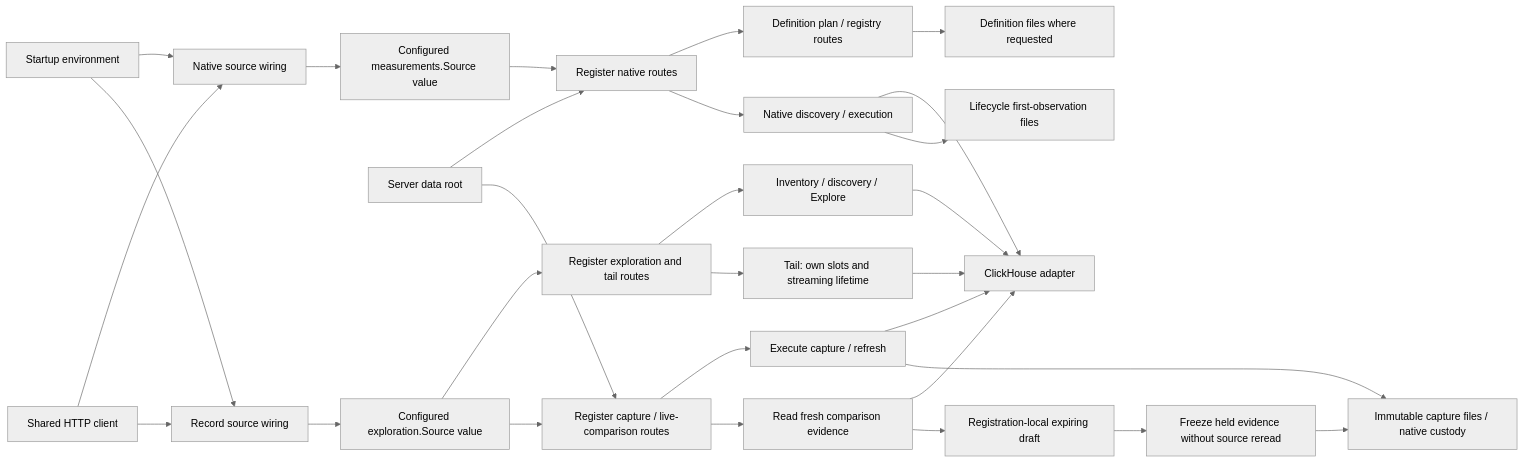
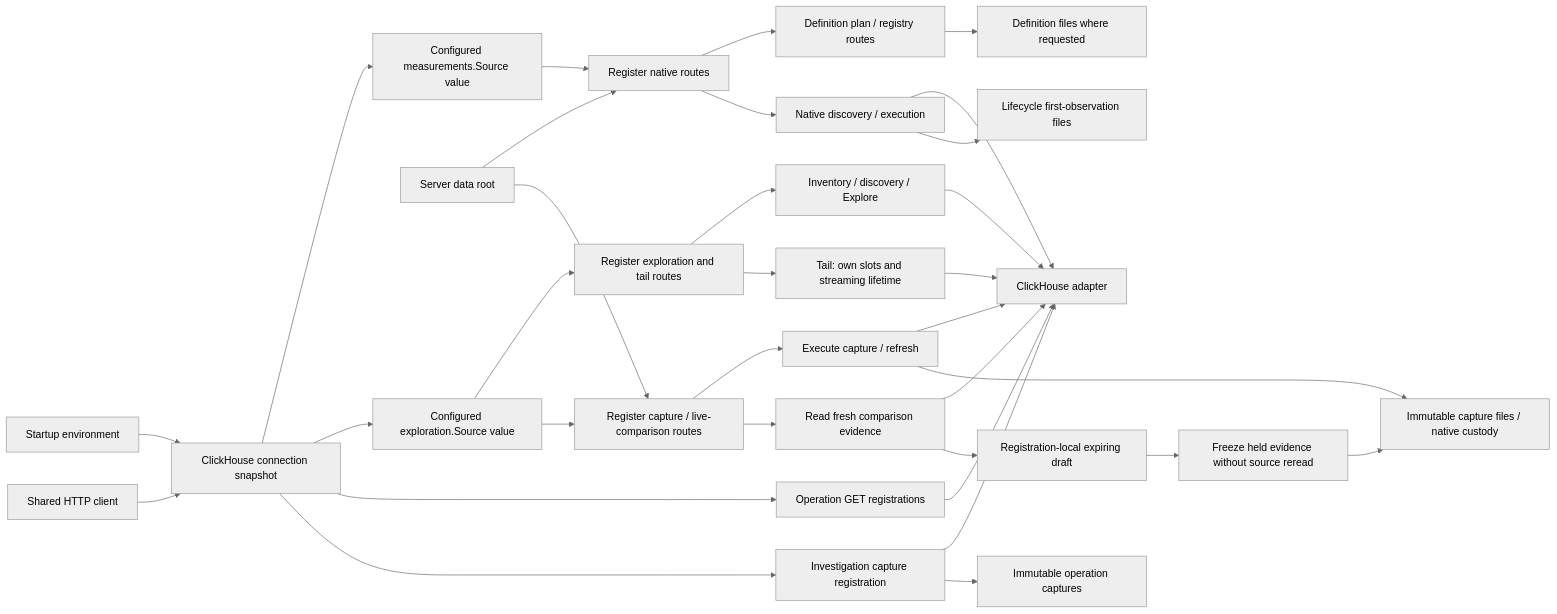
One commit to casselc/goo changed the first of 2 diagrams in docs/HTTP_BOUNDARIES.md. Above: the diagram before and after it, drawn with Mermaid (neutral theme). The commit also changed other lines of this file and 16 other files, not shown here.

Commit message:
Unify HTTP ClickHouse startup wiring and extract operation readers

````diff
--- a/docs/HTTP_BOUNDARIES.md
+++ b/docs/HTTP_BOUNDARIES.md
@@ -91,31 +91,34 @@
 ```mermaid
 flowchart LR
-  Env[Startup environment] --> Wiring[Native source wiring]
-  Client[Shared HTTP client] --> Wiring
-  Wiring --> Source[Configured measurements.Source value]
+  Env[Startup environment] --> Connection[ClickHouse connection snapshot]
+  Client[Shared HTTP client] --> Connection
+  Connection --> Source[Configured measurements.Source value]
   Root[Server data root] --> Register[Register native routes]
   Source --> Register
   Register --> Pure[Definition plan / registry routes]
   Register --> Run[Native discovery / execution]
   Run --> CH[ClickHouse adapter]
   Run --> Custody[Lifecycle first-observation files]
   Pure --> Files[Definition files where requested]
-  Env --> RecordWiring[Record source wiring]
-  Client --> RecordWiring
-  RecordWiring --> RecordSource[Configured exploration.Source value]
+  Connection --> RecordSource[Configured exploration.Source value]
   RecordSource --> RecordRegister[Register exploration and tail routes]
   RecordRegister --> Queries[Inventory / discovery / Explore]
   RecordRegister --> SSE[Tail: own slots and streaming lifetime]
   Queries --> CH
   SSE --> CH
   RecordSource --> CaptureRegister[Register capture / live-comparison routes]
   Root --> CaptureRegister
   CaptureRegister --> CaptureRead[Execute capture / refresh]
   CaptureRegister --> LiveRead[Read fresh comparison evidence]
   CaptureRead --> CH
   LiveRead --> CH
   LiveRead --> Draft[Registration-local expiring draft]
   Draft --> Freeze[Freeze held evidence without source reread]
   CaptureRead --> CaptureFiles[Immutable capture files / native custody]
   Freeze --> CaptureFiles
+  Connection --> OperationGET[Operation GET registrations]
+  Connection --> Investigation[Investigation capture registration]
+  OperationGET --> CH
+  Investigation --> CH
+  Investigation --> InvestigationFiles[Immutable operation captures]
 ```
````
